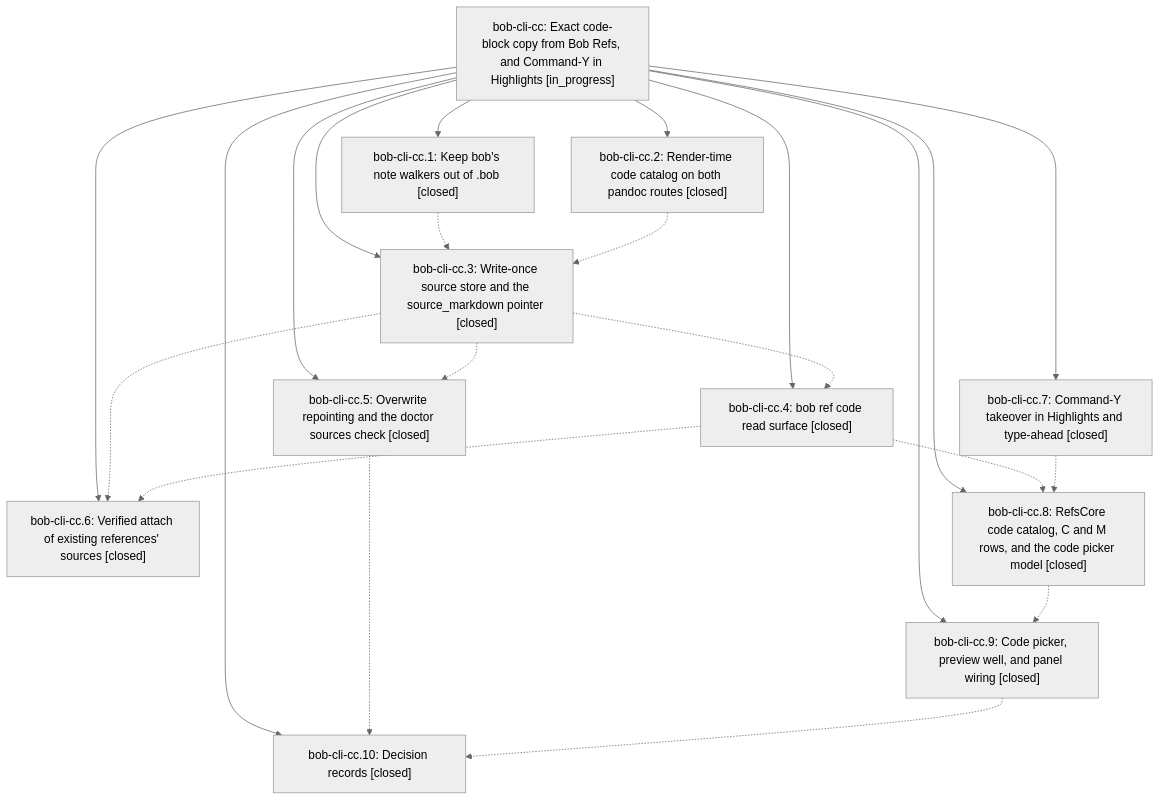
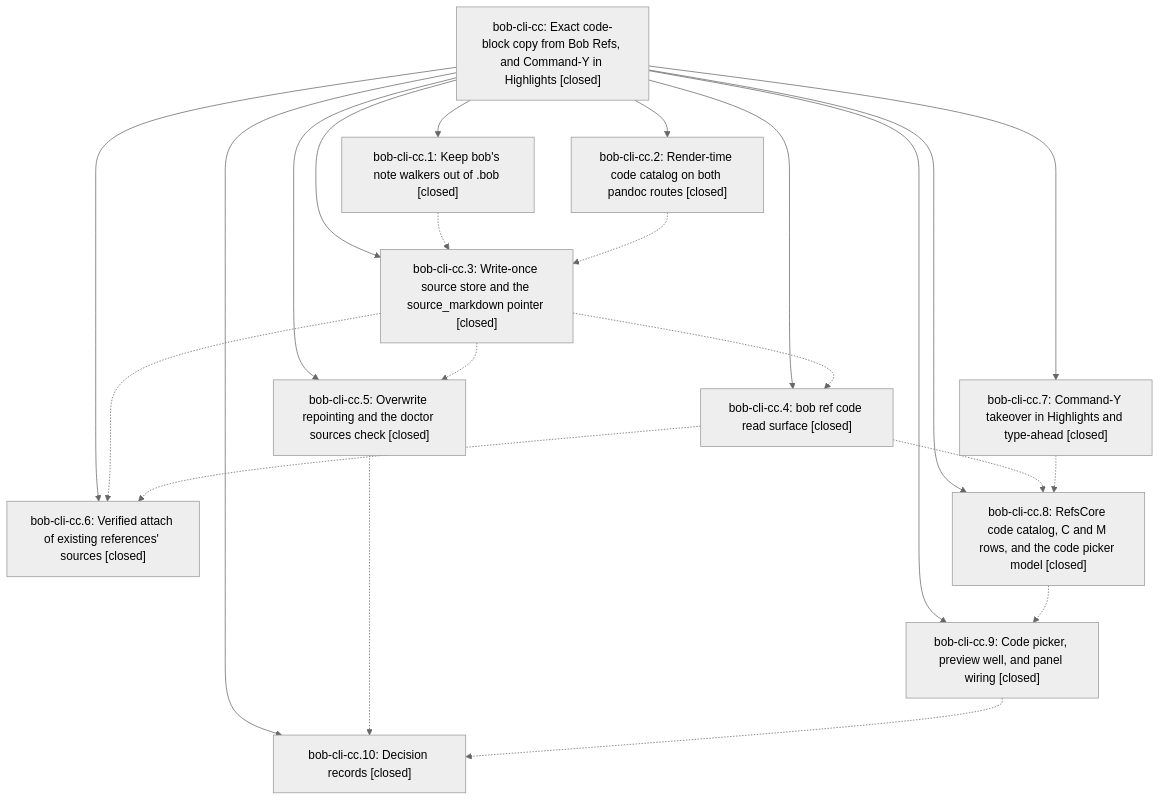
One commit to bobs-org/bob-cli--beads changed the diagram in pages/bob-cli-cc/README.md. Above: the diagram before and after it, drawn with Mermaid (neutral theme). The commit also changed other lines of this file and 1 other file, not shown here.

First line of the commit message:
chore(beads): sync bead state and pages for bob-cli-cc

````diff
--- a/pages/bob-cli-cc/README.md
+++ b/pages/bob-cli-cc/README.md
@@ -68,35 +80,35 @@
 ```mermaid
 flowchart TD
-    n0["bob-cli-cc: Exact code-block copy from Bob Refs, and Command-Y in Highlights [in_progress]"]
+    n0["bob-cli-cc: Exact code-block copy from Bob Refs, and Command-Y in Highlights [closed]"]
     n1["bob-cli-cc.1: Keep bob's note walkers out of .bob [closed]"]
     n2["bob-cli-cc.10: Decision records [closed]"]
     n3["bob-cli-cc.2: Render-time code catalog on both pandoc routes [closed]"]
     n4["bob-cli-cc.3: Write-once source store and the source_markdown pointer [closed]"]
     n5["bob-cli-cc.4: bob ref code read surface [closed]"]
     n6["bob-cli-cc.5: Overwrite repointing and the doctor sources check [closed]"]
     n7["bob-cli-cc.6: Verified attach of existing references' sources [closed]"]
     n8["bob-cli-cc.7: Command-Y takeover in Highlights and type-ahead [closed]"]
     n9["bob-cli-cc.8: RefsCore code catalog, C and M rows, and the code picker model [closed]"]
     n10["bob-cli-cc.9: Code picker, preview well, and panel wiring [closed]"]
     n0 --> n1
     n0 --> n2
     n0 --> n3
     n0 --> n4
     n0 --> n5
     n0 --> n6
     n0 --> n7
     n0 --> n8
     n0 --> n9
     n0 --> n10
     n1 -.-> n4
     n3 -.-> n4
     n4 -.-> n5
     n4 -.-> n6
     n4 -.-> n7
     n5 -.-> n7
     n5 -.-> n9
     n6 -.-> n2
     n8 -.-> n9
     n9 -.-> n10
     n10 -.-> n2
 ```
````
